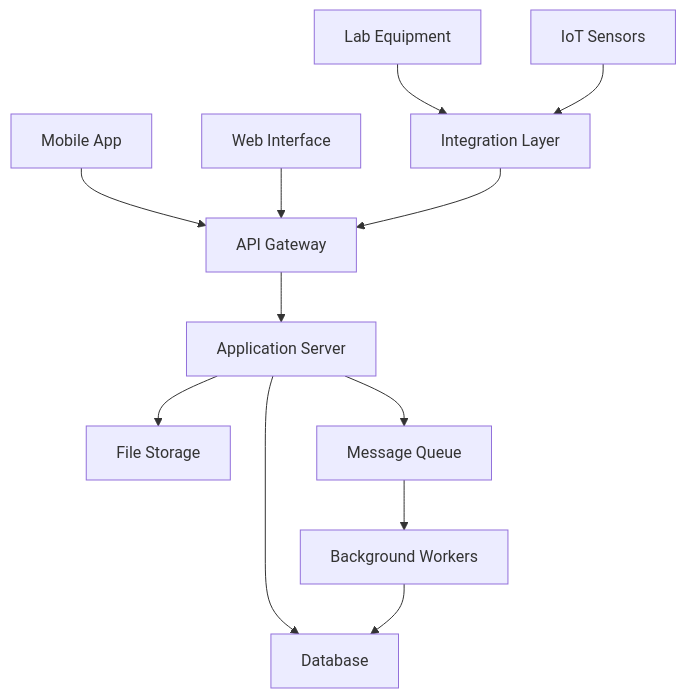
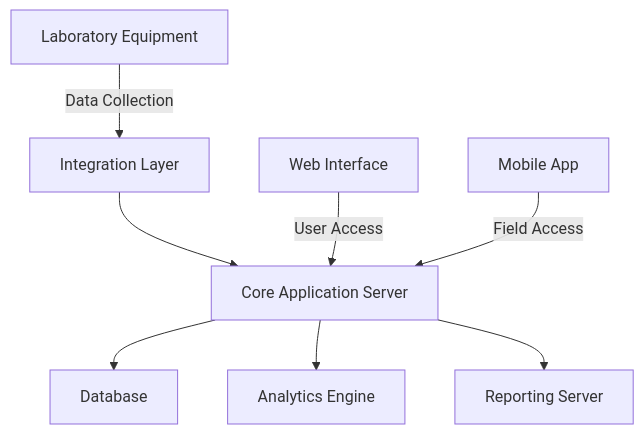
Before and after one commit to JavaAddictedDev/concrete-quality-control: the first of 2 diagrams in README.md, drawn with Mermaid. The commit also changed other lines of this file, not shown here.

````diff
--- a/README.md
+++ b/README.md
@@ -121,14 +81,10 @@
 ```mermaid
-graph TB
-    A[Mobile App] --> B[API Gateway]
-    C[Web Interface] --> B
-    B --> D[Application Server]
-    D --> E[Database]
-    D --> F[File Storage]
-    G[Lab Equipment] --> H[Integration Layer]
-    H --> B
-    I[IoT Sensors] --> H
-    D --> J[Message Queue]
-    J --> K[Background Workers]
-    K --> E
+graph TD
+    A[Laboratory Equipment] -->|Data Collection| B[Integration Layer]
+    B --> C[Core Application Server]
+    C --> D[Database]
+    C --> E[Analytics Engine]
+    C --> F[Reporting Server]
+    G[Web Interface] -->|User Access| C
+    H[Mobile App] -->|Field Access| C
 ```
````
